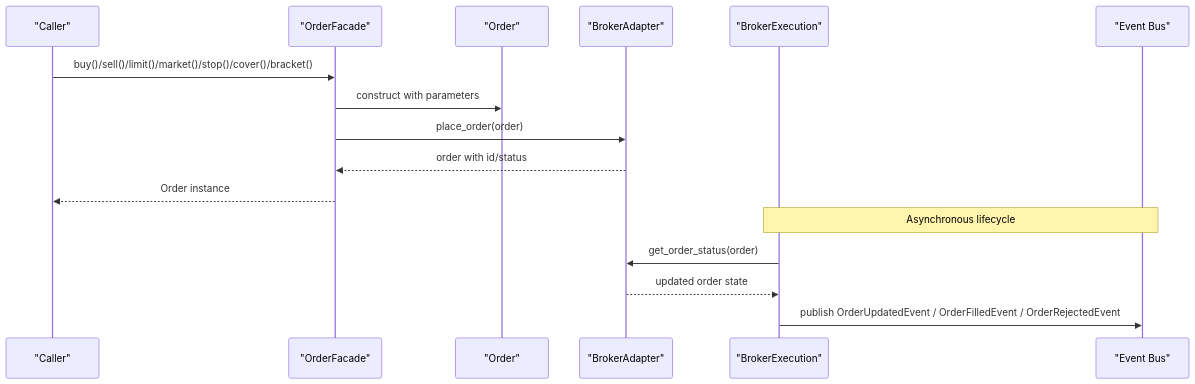
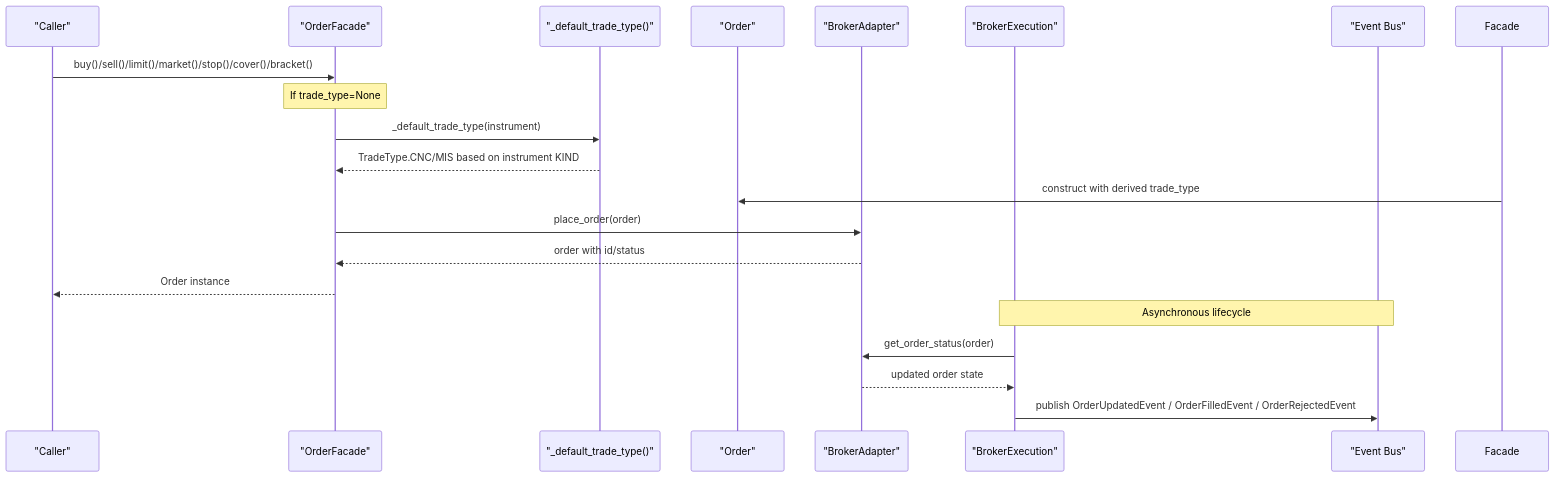
One commit to Ganesh-Kusundal/nTrade changed the second of 7 diagrams in .qoder/repowiki/en/content/Order Management/Order Lifecycle Management.md. Above: the diagram before and after it, drawn with Mermaid. The commit also changed other lines of this file and 203 other files, not shown here.

````diff
--- a/.qoder/repowiki/en/content/Order Management/Order Lifecycle Management.md
+++ b/.qoder/repowiki/en/content/Order Management/Order Lifecycle Management.md
@@ -91,18 +128,22 @@
 ```mermaid
 sequenceDiagram
 participant User as "Caller"
 participant Facade as "OrderFacade"
+participant Default as "_default_trade_type()"
 participant Order as "Order"
 participant Broker as "BrokerAdapter"
 participant Exec as "BrokerExecution"
 participant Bus as "Event Bus"
 User->>Facade : buy()/sell()/limit()/market()/stop()/cover()/bracket()
-Facade->>Order : construct with parameters
+Note over Facade : If trade_type=None
+Facade->>Default : _default_trade_type(instrument)
+Default-->>Facade : TradeType.CNC/MIS based on instrument KIND
+Facadе->>Order : construct with derived trade_type
 Facade->>Broker : place_order(order)
 Broker-->>Facade : order with id/status
 Facade-->>User : Order instance
 Note over Exec,Bus : Asynchronous lifecycle
 Exec->>Broker : get_order_status(order)
 Broker-->>Exec : updated order state
 Exec->>Bus : publish OrderUpdatedEvent / OrderFilledEvent / OrderRejectedEvent
 ```
````
